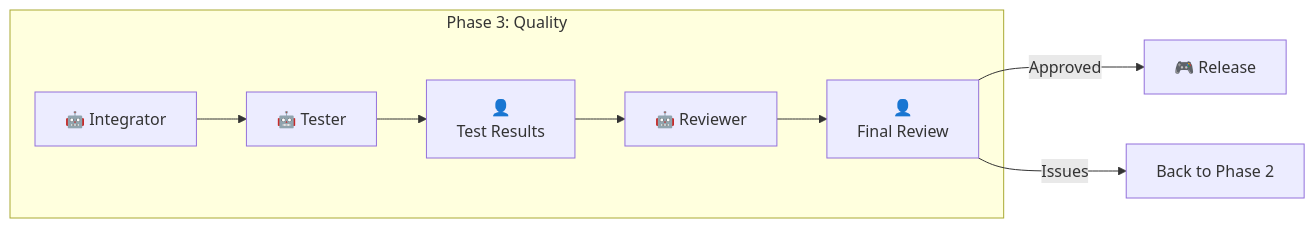
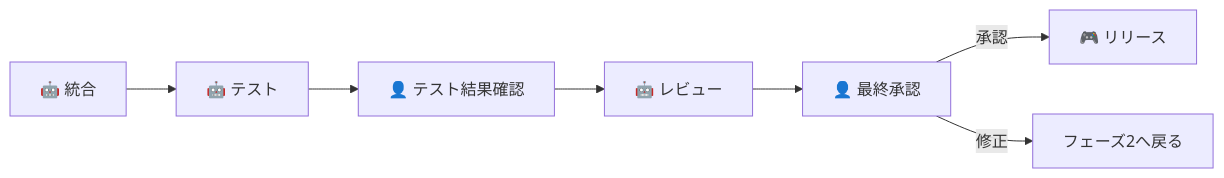
One commit to new-sankaku/toybox changed diagram 11 of 13 in langgraph/ARCHITECTURE.md. Above: the diagram before and after it, drawn with Mermaid. The commit also changed other lines of this file, not shown here.

First line of the commit message:
Major architecture redesign with Leader agents and iteration model

````diff
--- a/langgraph/ARCHITECTURE.md
+++ b/langgraph/ARCHITECTURE.md
@@ -140,9 +387,7 @@
 ```mermaid
 flowchart LR
-    subgraph Quality["Phase 3: Quality"]
-        I["🤖 Integrator"] --> T["🤖 Tester"] --> HT["👤<br/>Test Results"] --> R["🤖 Reviewer"] --> HR["👤<br/>Final Review"]
-    end
+    I["🤖 統合"] --> T["🤖 テスト"] --> HT["👤 テスト結果確認"] --> R["🤖 レビュー"] --> HR["👤 最終承認"]
 
-    HR -->|"Approved"| Done["🎮 Release"]
-    HR -->|"Issues"| Back["Back to Phase 2"]
+    HR -->|"承認"| Done["🎮 リリース"]
+    HR -->|"修正"| Back["フェーズ2へ戻る"]
 ```
````
